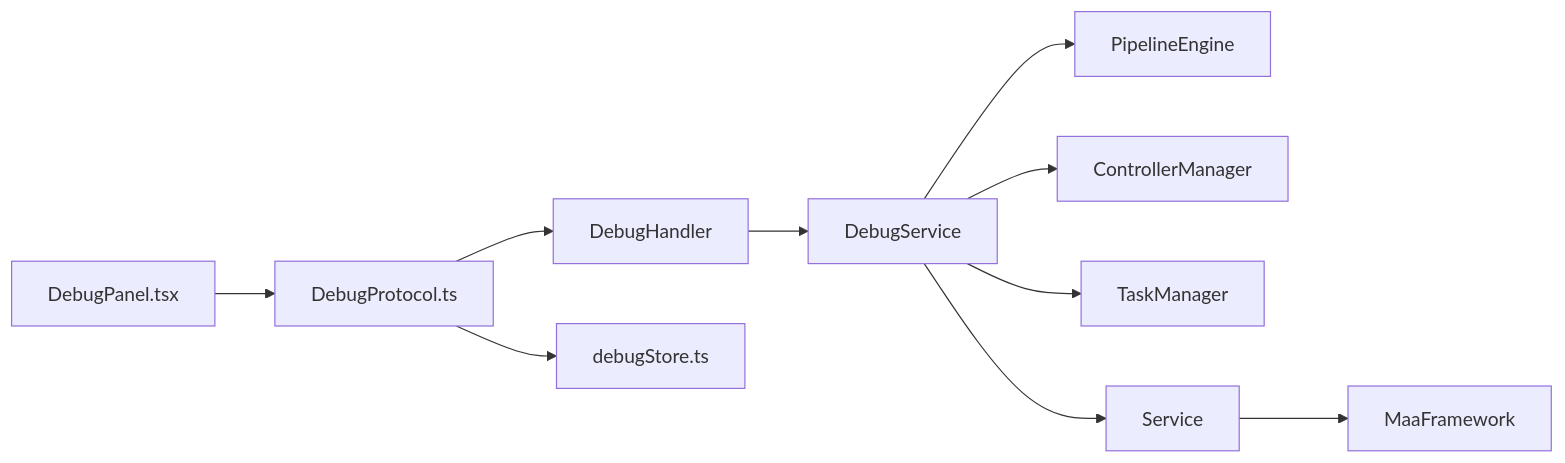
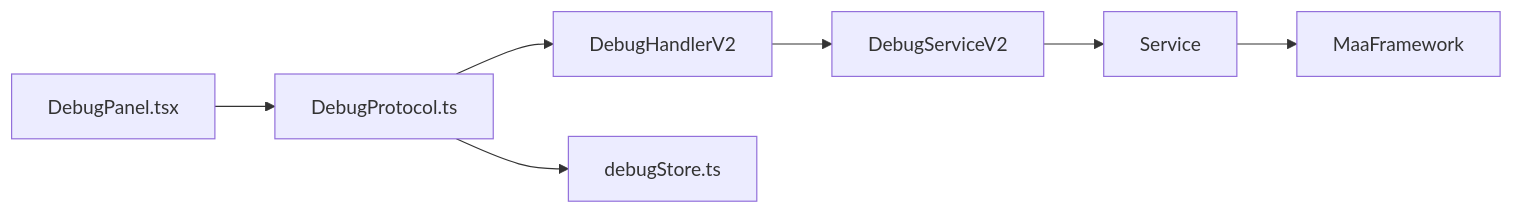
One commit to kqcoxn/MaaPipelineEditor changed the third of 3 diagrams in .qoder/repowiki/zh/content/核心概念/调试框架.md. Above: the diagram before and after it, drawn with Mermaid. The commit also changed other lines of this file and 10 other files, not shown here.

````diff
--- a/.qoder/repowiki/zh/content/核心概念/调试框架.md
+++ b/.qoder/repowiki/zh/content/核心概念/调试框架.md
@@ -251,12 +191,9 @@
 ```mermaid
 graph LR
 DP["DebugPanel.tsx"] --> DProt["DebugProtocol.ts"]
-DProt --> DH["DebugHandler"]
-DH --> DSvc["DebugService"]
-DSvc --> PE["PipelineEngine"]
-DSvc --> CM["ControllerManager"]
-DSvc --> TM["TaskManager"]
-DSvc --> Svc["Service"]
+DProt --> DHV2["DebugHandlerV2"]
+DHV2 --> DSvcV2["DebugServiceV2"]
+DSvcV2 --> Svc["Service"]
 Svc --> FW["MaaFramework"]
 DProt --> DS["debugStore.ts"]
 ```
````
